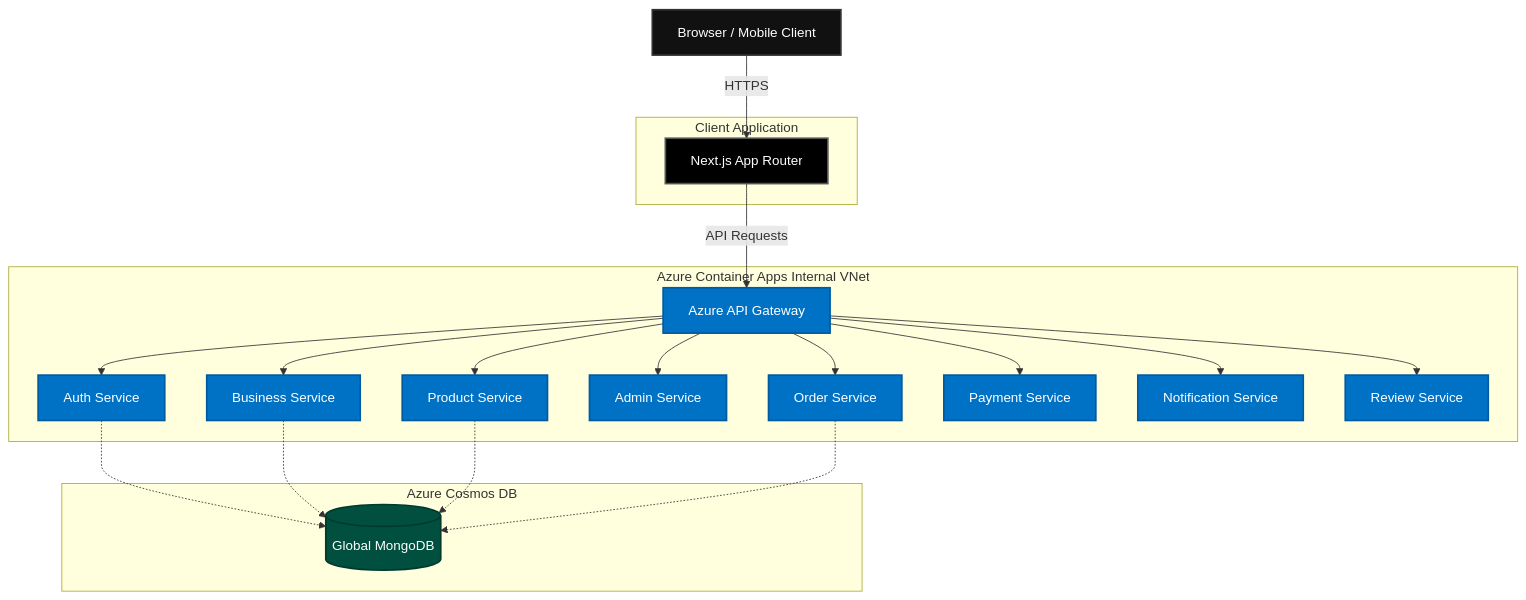
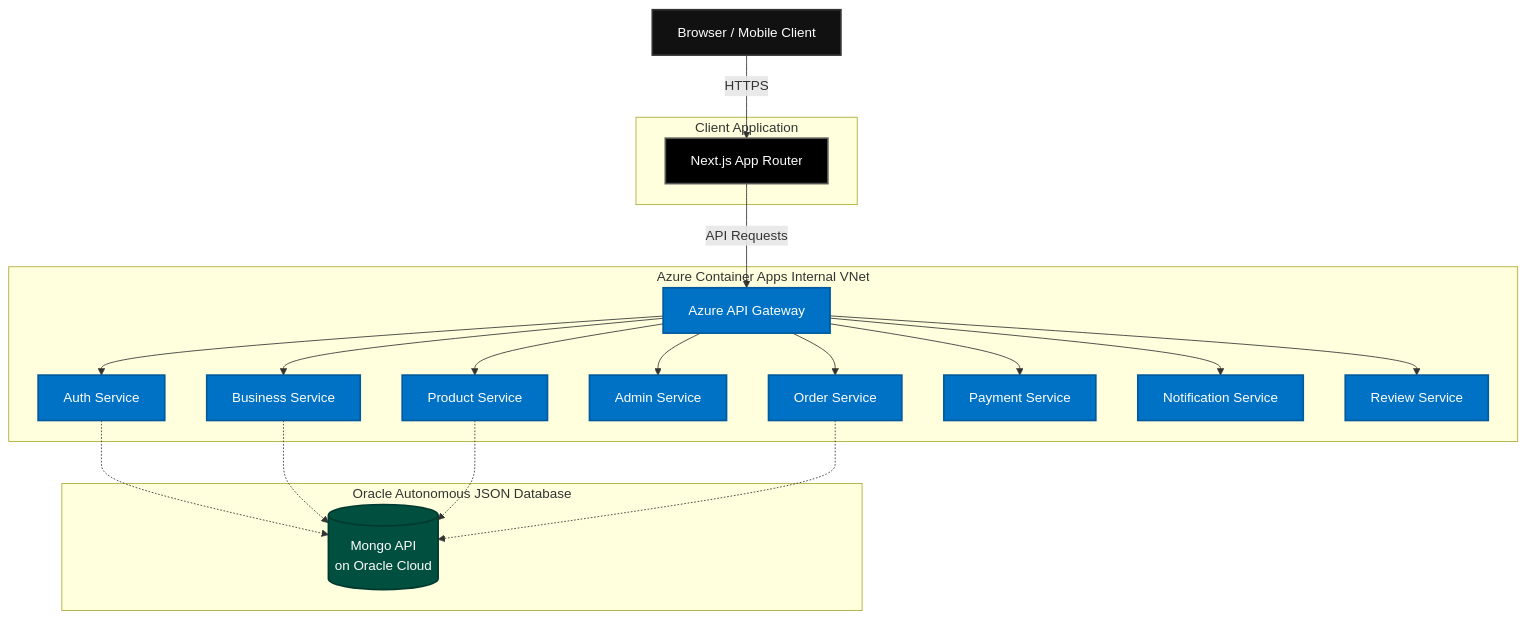
One commit to ChamathDilshanC/NexusCart-Microservices-Monorepo changed the diagram in README.md. Above: the diagram before and after it, drawn with Mermaid. The commit also changed other lines of this file and 2 other files, not shown here.

First line of the commit message:
chore: update backend and frontend submodule refs — migrate database to Oracle Autonomous JSON DB

````diff
--- a/README.md
+++ b/README.md
@@ -46,44 +46,44 @@
 ```mermaid
 graph TD
     %% Define Client Layer
     Client[Browser / Mobile Client] -->|HTTPS| Frontend
     
     %% Define Frontend Layer
     subgraph ClientApp [Client Application]
         Frontend[Next.js App Router]
     end
     
     %% Define API Gateway Layer
     Frontend -->|API Requests| Gateway[Azure API Gateway]
     
     %% Define Microservices Layer
     subgraph AzureApps [Azure Container Apps Internal VNet]
         Gateway --> Auth[Auth Service]
         Gateway --> Biz[Business Service]
         Gateway --> Prod[Product Service]
         Gateway --> Admin[Admin Service]
         Gateway --> Order[Order Service]
         Gateway --> Pay[Payment Service]
         Gateway --> Notif[Notification Service]
         Gateway --> Review[Review Service]
     end
     
     %% Define Database Layer
-    subgraph AzureDB [Azure Cosmos DB]
-        Auth -.-> DB[(Global MongoDB)]
+    subgraph OracleDB [Oracle Autonomous JSON Database]
+        Auth -.-> DB[(Mongo API<br/>on Oracle Cloud)]
         Biz -.-> DB
         Prod -.-> DB
         Order -.-> DB
     end
     
     %% Styling
     classDef client fill:#111,stroke:#333,stroke-width:2px,color:#fff;
     classDef frontend fill:#000,stroke:#555,stroke-width:2px,color:#fff;
     classDef azure fill:#0072c6,stroke:#005a9e,stroke-width:2px,color:#fff;
     classDef db fill:#004f3f,stroke:#003a2f,stroke-width:2px,color:#fff;
     
     class Client client;
     class Frontend frontend;
     class Gateway,Auth,Biz,Prod,Admin,Order,Pay,Notif,Review azure;
     class DB db;
 ```
````
